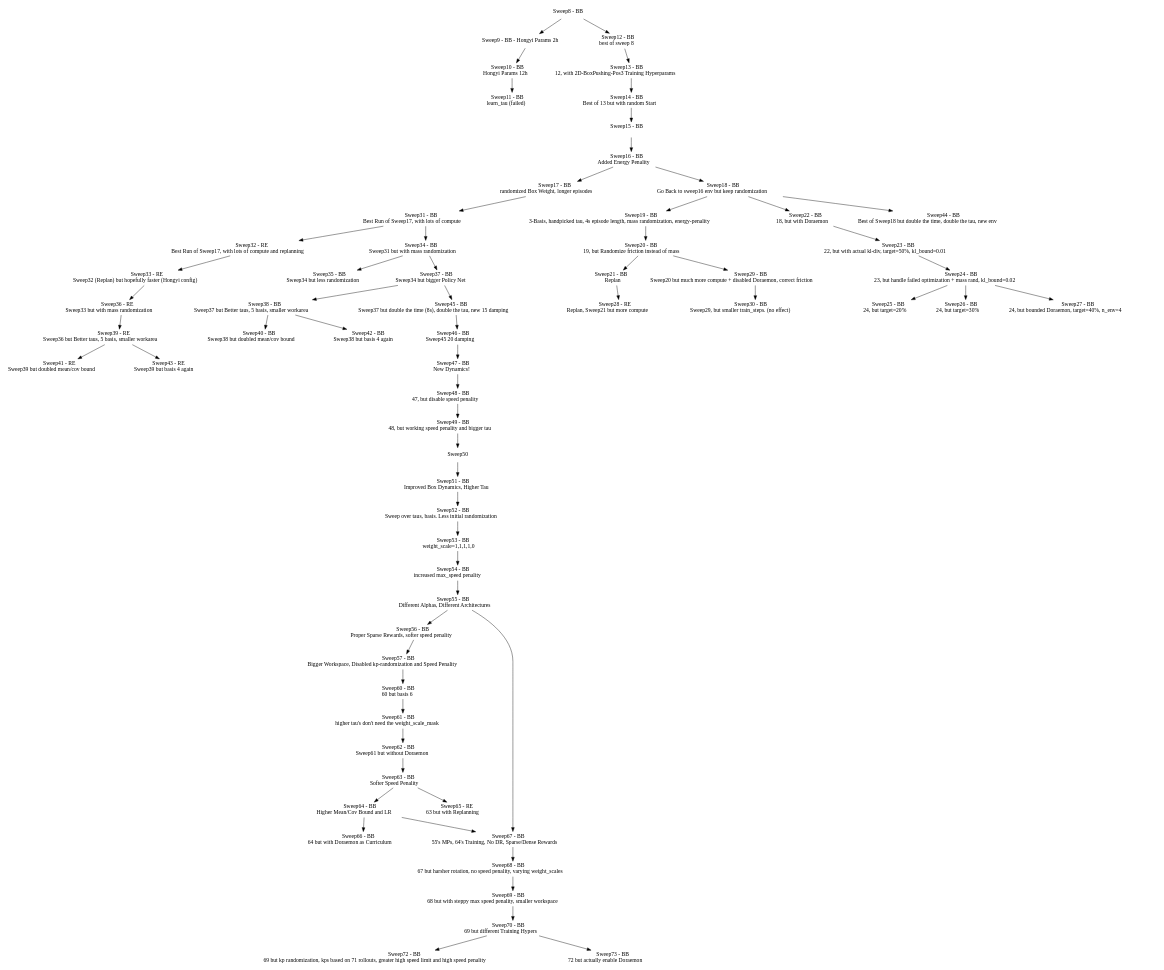
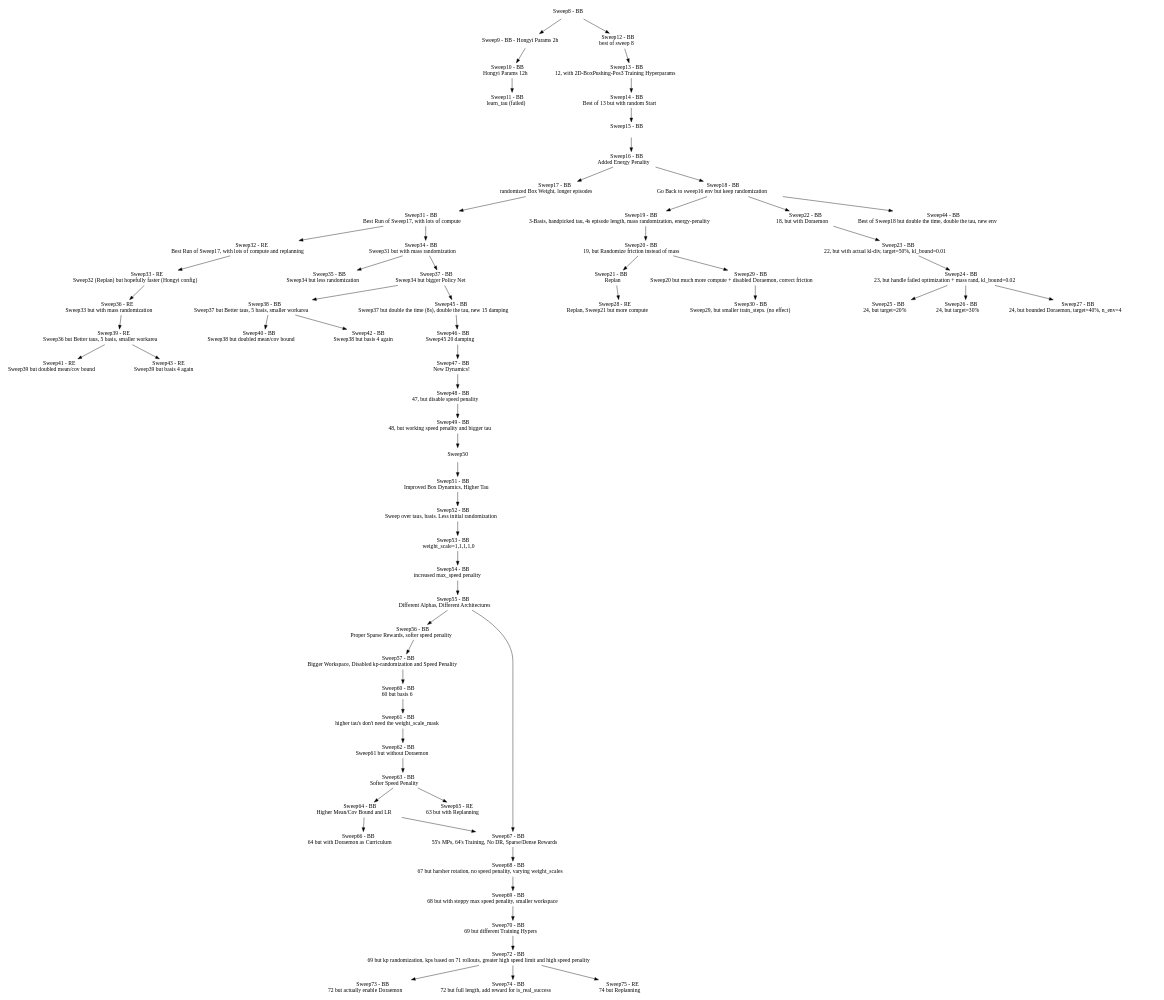
One commit to maxmunzel/fancy_gym changed the diagram in sweeps.dot. Above: the diagram before and after it, drawn with Graphviz. The commit also changed 2 other files, not shown here.

Commit message:
Sweep 74/75

```diff
--- a/sweeps.dot
+++ b/sweeps.dot
@@ -1,131 +1,135 @@
 digraph Sweeps {
     // Nodes
     node [shape=plaintext]
     "Sweep8"  [label=<Sweep8 - BB>];
     "Sweep9"  [label=<Sweep9 - BB - Hongyi Params 2h>];
     "Sweep10" [label=<Sweep10 - BB <BR/> Hongyi Params 12h>];
     "Sweep11" [label=<Sweep11 - BB <BR/> learn_tau (failed)>];
     "Sweep12" [label=<Sweep12 - BB <BR/> best of sweep 8>];
     "Sweep13" [label=<Sweep13 - BB <BR/> 12, with 2D-BoxPushing-Pos3 Training Hyperparams>];
     "Sweep14" [label=<Sweep14 - BB <BR/> Best of 13 but with random Start>];
     "Sweep15" [label=<Sweep15 - BB <BR/> >];
     "Sweep16" [label=<Sweep16 - BB <BR/> Added Energy Penality>];
     "Sweep17" [label=<Sweep17 - BB <BR/> randomized Box Weight, longer episodes>];
     "Sweep18" [label=<Sweep18 - BB <BR/> Go Back to sweep16 env but keep randomization>];
     "Sweep19" [label=<Sweep19 - BB <BR/> 3-Basis, handpicked tau, 4s episode length, mass randomization, energy-penality>];
     "Sweep20" [label=<Sweep20 - BB <BR/> 19, but Randomize friction instead of mass>];
     "Sweep21" [label=<Sweep21 - BB <BR/> Replan>];
     "Sweep22" [label=<Sweep22 - BB <BR/> 18, but with Doraemon>];
     "Sweep23" [label=<Sweep23 - BB <BR/> 22, but with actual kl-div, target=50%, kl_bound=0.01>];
     "Sweep24" [label=<Sweep24 - BB <BR/> 23, but handle failed optimization + mass rand, kl_bound=0.02>];
     "Sweep25" [label=<Sweep25 - BB <BR/> 24, but target=20%>];
     "Sweep26" [label=<Sweep26 - BB <BR/> 24, but target=30%>];
     "Sweep27" [label=<Sweep27 - BB <BR/> 24, but bounded Doraemon, target=40%, n_env=4>];
     "Sweep28" [label=<Sweep28 - RE <BR/> Replan, Sweep21 but more compute>];
     "Sweep29" [label=<Sweep29 - BB <BR/> Sweep20 but much more compute + disabled Doraemon, correct friction>];
     "Sweep30" [label=<Sweep30 - BB <BR/> Sweep29, but smaller train_steps. (no effect)>];
     "Sweep31" [label=<Sweep31 - BB <BR/> Best Run of Sweep17, with lots of compute>];
     "Sweep32" [label=<Sweep32 - RE <BR/> Best Run of Sweep17, with lots of compute and replanning>];
     "Sweep33" [label=<Sweep33 - RE <BR/> Sweep32 (Replan) but hopefully faster (Hongyi config)>];
     "Sweep34" [label=<Sweep34 - BB <BR/> Sweep31 but with mass randomization>];
     "Sweep35" [label=<Sweep35 - BB <BR/> Sweep34 but less randomization>];
     "Sweep36" [label=<Sweep36 - RE <BR/> Sweep33 but with mass randomization>];
     "Sweep37" [label=<Sweep37 - BB <BR/> Sweep34 but bigger Policy Net>];
     "Sweep38" [label=<Sweep38 - BB <BR/> Sweep37 but Better taus, 5 basis, smaller workarea>];
     "Sweep39" [label=<Sweep39 - RE <BR/> Sweep36 but Better taus, 5 basis, smaller workarea>];
     "Sweep40" [label=<Sweep40 - BB <BR/> Sweep38 but doubled mean/cov bound>];
     "Sweep41" [label=<Sweep41 - RE <BR/> Sweep39 but doubled mean/cov bound>];
     "Sweep42" [label=<Sweep42 - BB <BR/> Sweep38 but basis 4 again>];
     "Sweep43" [label=<Sweep43 - RE <BR/> Sweep39 but basis 4 again>];
     "Sweep44" [label=<Sweep44 - BB <BR/> Best of Sweep18 but double the time, double the tau, new env>];
     "Sweep45" [label=<Sweep45 - BB <BR/> Sweep37 but double the time (8s), double the tau, new 15 damping>];
     "Sweep46" [label=<Sweep46 - BB <BR/> Sweep45 20 damping>];
     "Sweep47" [label=<Sweep47 - BB <BR/> New Dynamics! >];
     "Sweep48" [label=<Sweep48 - BB <BR/> 47, but disable speed penality  >];
     "Sweep49" [label=<Sweep49 - BB <BR/> 48, but working speed penality and bigger tau  >];
     "Sweep51" [label=<Sweep51 - BB <BR/> Improved Box Dynamics, Higher Tau>];
     "Sweep52" [label=<Sweep52 - BB <BR/> Sweep over taus, basis. Less initial randomization>];
     "Sweep53" [label=<Sweep53 - BB <BR/> weight_scale=1,1,1,1,0 >];
     "Sweep54" [label=<Sweep54 - BB <BR/> increased max_speed penality>];
     "Sweep55" [label=<Sweep55 - BB <BR/> Different Alphas, Different Architectures>];
     "Sweep56" [label=<Sweep56 - BB <BR/> Proper Sparse Rewards, softer speed penality>];
     "Sweep57" [label=<Sweep57 - BB <BR/> Bigger Workspace, Disabled kp-randomization and Speed Penality>];
     "Sweep60" [label=<Sweep60 - BB <BR/> 60 but basis 6>];
     "Sweep61" [label=<Sweep61 - BB <BR/> higher tau's don't need the weight_scale_mask>];
     "Sweep62" [label=<Sweep62 - BB <BR/> Sweep61 but without Doraemon>];
     "Sweep63" [label=<Sweep63 - BB <BR/> Softer Speed Penality >];
     "Sweep64" [label=<Sweep64 - BB <BR/> Higher Mean/Cov Bound and LR >];
     "Sweep65" [label=<Sweep65 - RE <BR/> 63 but with Replanning >];
     "Sweep66" [label=<Sweep66 - BB <BR/> 64 but with Doraemon as Curriculum >];
     "Sweep67" [label=<Sweep67 - BB <BR/> 55's MPs, 64's Training, No DR, Sparse/Dense Rewards >];
     "Sweep68" [label=<Sweep68 - BB <BR/> 67 but harsher rotation, no speed penality, varying weight_scales >];
     "Sweep69" [label=<Sweep69 - BB <BR/> 68 but with steppy max speed penality, smaller workspace >];
     "Sweep70" [label=<Sweep70 - BB <BR/> 69 but different Training Hypers >];
     "Sweep72" [label=<Sweep72 - BB <BR/> 69 but kp randomization, kps based on 71 rollouts, greater high speed limit and high speed penality >];
     "Sweep73" [label=<Sweep73 - BB <BR/> 72 but actually enable Doraemon >];
+    "Sweep74" [label=<Sweep74 - BB <BR/> 72 but full length, add reward for is_real_success >];
+    "Sweep75" [label=<Sweep75 - RE <BR/> 74 but Replanning >];
 
     // Edges
     "Sweep8" -> "Sweep9"
     "Sweep9" -> "Sweep10"
     "Sweep10" -> "Sweep11"
     "Sweep8" -> "Sweep12"
     "Sweep12" -> "Sweep13"
     "Sweep13" -> "Sweep14"
     "Sweep16" -> "Sweep18"
     "Sweep18" -> "Sweep19"
     "Sweep19" -> "Sweep20"
     "Sweep21" -> "Sweep28"
     "Sweep20" -> "Sweep29"
     "Sweep29" -> "Sweep30"
     "Sweep17" -> "Sweep31"
     "Sweep31" -> "Sweep32"
     "Sweep32" -> "Sweep33"
     "Sweep31" -> "Sweep34"
     "Sweep34" -> "Sweep35"
     "Sweep33" -> "Sweep36"
     "Sweep34" -> "Sweep37"
     "Sweep37" -> "Sweep38"
     "Sweep36" -> "Sweep39"
     "Sweep38" -> "Sweep40"
     "Sweep39" -> "Sweep41"
     "Sweep38" -> "Sweep42"
     "Sweep39" -> "Sweep43"
     "Sweep18" -> "Sweep22"
     "Sweep22" -> "Sweep23"
     "Sweep23" -> "Sweep24"
     "Sweep24" -> "Sweep25"
     "Sweep24" -> "Sweep26"
     "Sweep24" -> "Sweep27"
     "Sweep18" -> "Sweep44"
     "Sweep14" -> "Sweep15"
     "Sweep15" -> "Sweep16"
     "Sweep16" -> "Sweep17"
     "Sweep20" -> "Sweep21"
     "Sweep37" -> "Sweep45"
     "Sweep45" -> "Sweep46"
     "Sweep46" -> "Sweep47"
     "Sweep47" -> "Sweep48"
     "Sweep48" -> "Sweep49"
     "Sweep49" -> "Sweep50"
     "Sweep50" -> "Sweep51"
     "Sweep51" -> "Sweep52"
     "Sweep52" -> "Sweep53"
     "Sweep53" -> "Sweep54"
     "Sweep54" -> "Sweep55"
     "Sweep55" -> "Sweep56"
     "Sweep56" -> "Sweep57"
     "Sweep57" -> "Sweep60"
     "Sweep60" -> "Sweep61"
     "Sweep61" -> "Sweep62"
     "Sweep62" -> "Sweep63"
     "Sweep63" -> "Sweep64"
     "Sweep63" -> "Sweep65"
     "Sweep64" -> "Sweep66"
     "Sweep55" -> "Sweep67"
     "Sweep64" -> "Sweep67"
     "Sweep67" -> "Sweep68"
     "Sweep68" -> "Sweep69"
     "Sweep69" -> "Sweep70"
     "Sweep70" -> "Sweep72"
-    "Sweep70" -> "Sweep73"
+    "Sweep72" -> "Sweep73"
+    "Sweep72" -> "Sweep74"
+    "Sweep72" -> "Sweep75"
 }
```
